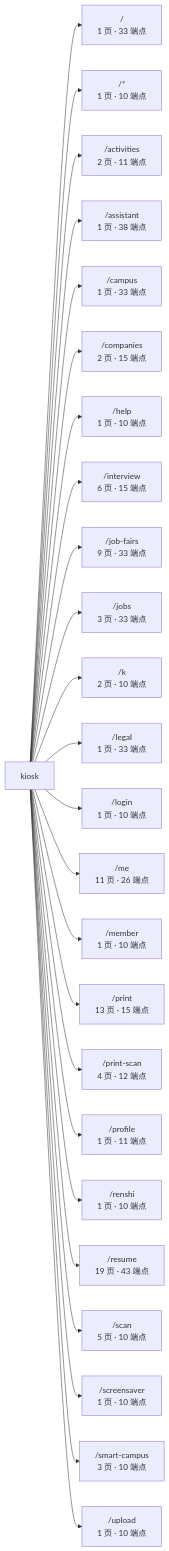
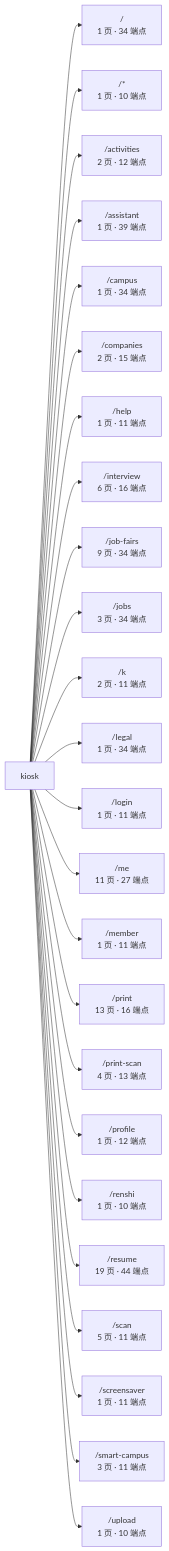
The first of 3 diagrams in docs/graph/routes.md (wanglei581/YITIJI), drawn with Mermaid before and after one commit. The commit also changed other lines of this file and 22 other files, not shown here.

````diff
--- a/docs/graph/routes.md
+++ b/docs/graph/routes.md
@@ -17,28 +17,28 @@
 ```mermaid
 flowchart LR
   app["kiosk"]
-  app --> _root_["/<br/>1 页 · 33 端点"]
+  app --> _root_["/<br/>1 页 · 34 端点"]
   app --> _["/*<br/>1 页 · 10 端点"]
-  app --> activities["/activities<br/>2 页 · 11 端点"]
-  app --> assistant["/assistant<br/>1 页 · 38 端点"]
-  app --> campus["/campus<br/>1 页 · 33 端点"]
+  app --> activities["/activities<br/>2 页 · 12 端点"]
+  app --> assistant["/assistant<br/>1 页 · 39 端点"]
+  app --> campus["/campus<br/>1 页 · 34 端点"]
   app --> companies["/companies<br/>2 页 · 15 端点"]
-  app --> help["/help<br/>1 页 · 10 端点"]
-  app --> interview["/interview<br/>6 页 · 15 端点"]
-  app --> job_fairs["/job-fairs<br/>9 页 · 33 端点"]
-  app --> jobs["/jobs<br/>3 页 · 33 端点"]
-  app --> k["/k<br/>2 页 · 10 端点"]
-  app --> legal["/legal<br/>1 页 · 33 端点"]
-  app --> login["/login<br/>1 页 · 10 端点"]
-  app --> me["/me<br/>11 页 · 26 端点"]
-  app --> member["/member<br/>1 页 · 10 端点"]
-  app --> print["/print<br/>13 页 · 15 端点"]
-  app --> print_scan["/print-scan<br/>4 页 · 12 端点"]
-  app --> profile["/profile<br/>1 页 · 11 端点"]
+  app --> help["/help<br/>1 页 · 11 端点"]
+  app --> interview["/interview<br/>6 页 · 16 端点"]
+  app --> job_fairs["/job-fairs<br/>9 页 · 34 端点"]
+  app --> jobs["/jobs<br/>3 页 · 34 端点"]
+  app --> k["/k<br/>2 页 · 11 端点"]
+  app --> legal["/legal<br/>1 页 · 34 端点"]
+  app --> login["/login<br/>1 页 · 11 端点"]
+  app --> me["/me<br/>11 页 · 27 端点"]
+  app --> member["/member<br/>1 页 · 11 端点"]
+  app --> print["/print<br/>13 页 · 16 端点"]
+  app --> print_scan["/print-scan<br/>4 页 · 13 端点"]
+  app --> profile["/profile<br/>1 页 · 12 端点"]
   app --> renshi["/renshi<br/>1 页 · 10 端点"]
-  app --> resume["/resume<br/>19 页 · 43 端点"]
-  app --> scan["/scan<br/>5 页 · 10 端点"]
-  app --> screensaver["/screensaver<br/>1 页 · 10 端点"]
-  app --> smart_campus["/smart-campus<br/>3 页 · 10 端点"]
+  app --> resume["/resume<br/>19 页 · 44 端点"]
+  app --> scan["/scan<br/>5 页 · 11 端点"]
+  app --> screensaver["/screensaver<br/>1 页 · 11 端点"]
+  app --> smart_campus["/smart-campus<br/>3 页 · 11 端点"]
   app --> upload["/upload<br/>1 页 · 10 端点"]
 ```
````
